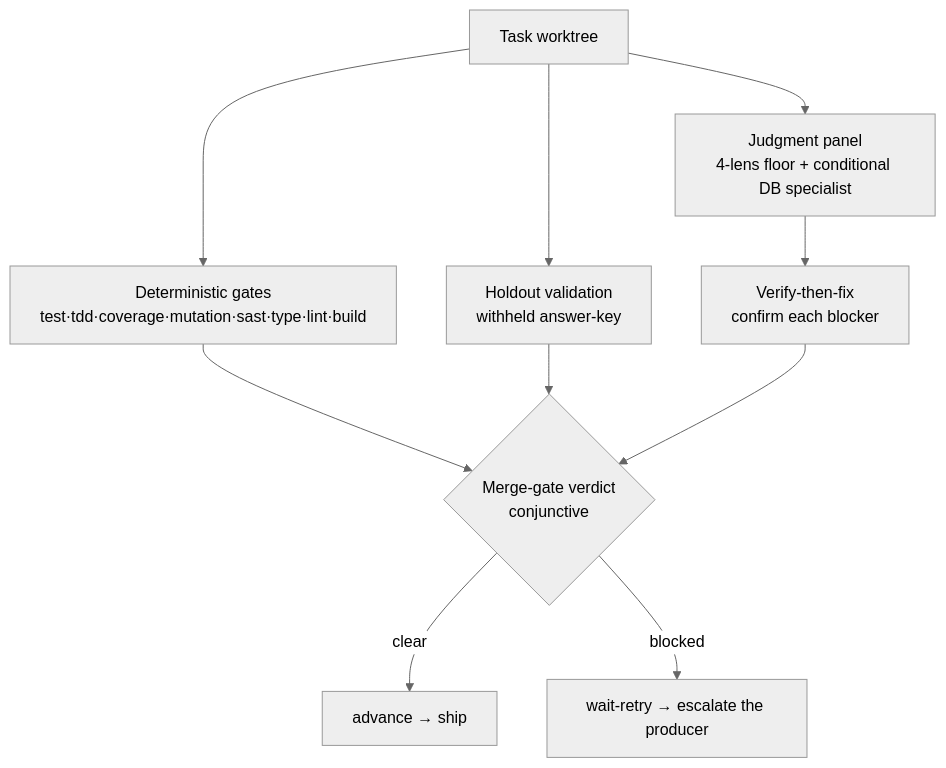
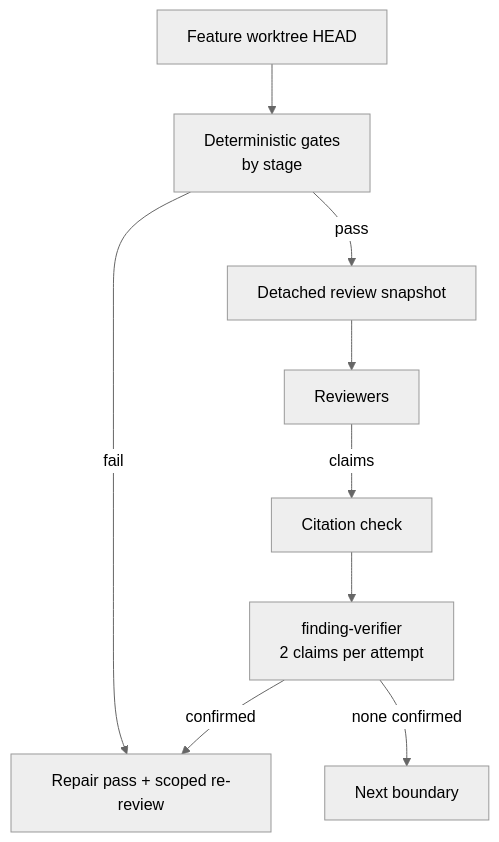
Before and after one commit to jfa94/factory: the diagram in docs/explanation/verifier.md, drawn with Mermaid (neutral theme). The commit also changed other lines of this file and 25 other files, not shown here.

````diff
--- a/docs/explanation/verifier.md
+++ b/docs/explanation/verifier.md
@@ -11,12 +9,11 @@
 ```mermaid
 graph TD
-  W[Task worktree] --> Gates[Deterministic gates<br/>test·tdd·coverage·mutation·sast·type·lint·build]
-  W --> Holdout[Holdout validation<br/>withheld answer-key]
-  W --> Panel[Judgment panel<br/>4-lens floor + conditional DB specialist]
-  Gates --> MergeGate{Merge-gate verdict<br/>conjunctive}
-  Holdout --> MergeGate
-  Panel --> VtF[Verify-then-fix<br/>confirm each blocker]
-  VtF --> MergeGate
-  MergeGate -->|clear| Ship[advance → ship]
-  MergeGate -->|blocked| Ladder[wait-retry → escalate the producer]
+  W[Feature worktree HEAD] --> Gates[Deterministic gates<br/>by stage]
+  Gates -->|pass| Snap[Detached review snapshot]
+  Snap --> Panel[Reviewers]
+  Panel -->|claims| Cite[Citation check]
+  Cite --> Confirm[finding-verifier<br/>2 claims per attempt]
+  Confirm -->|confirmed| Repair[Repair pass + scoped re-review]
+  Confirm -->|none confirmed| Next[Next boundary]
+  Gates -->|fail| Repair
 ```
````
